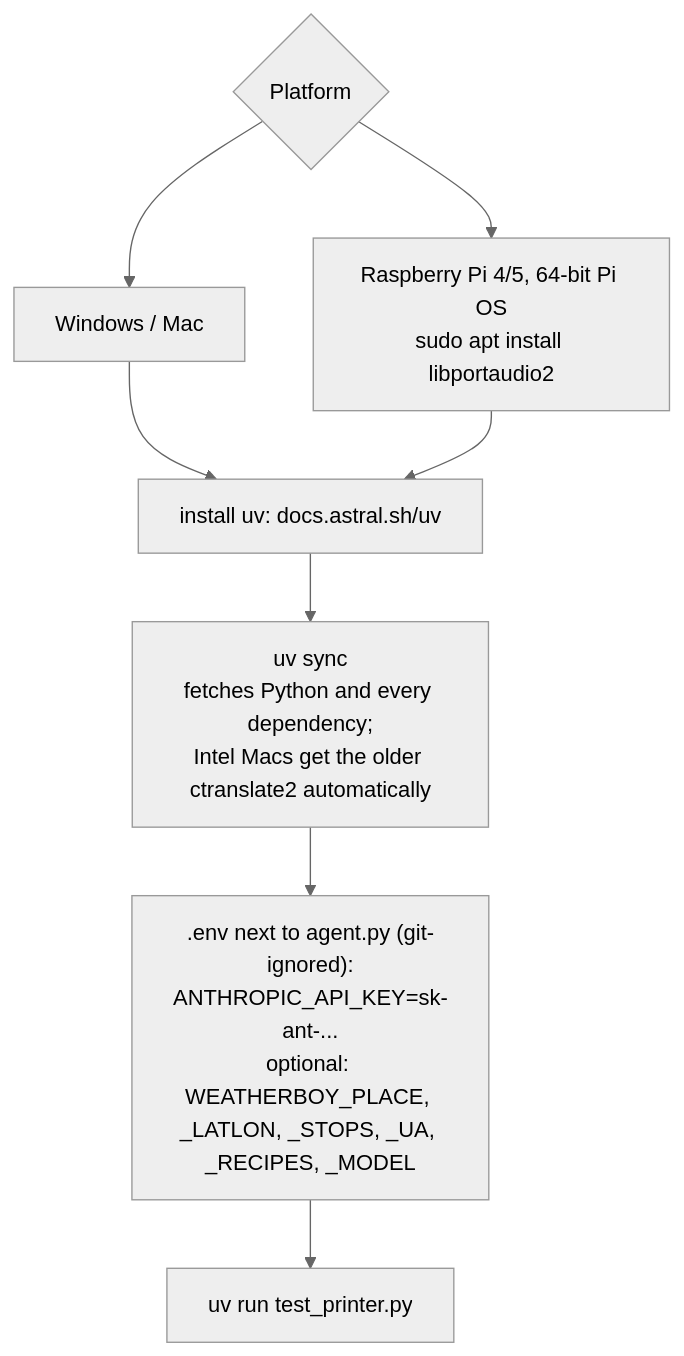
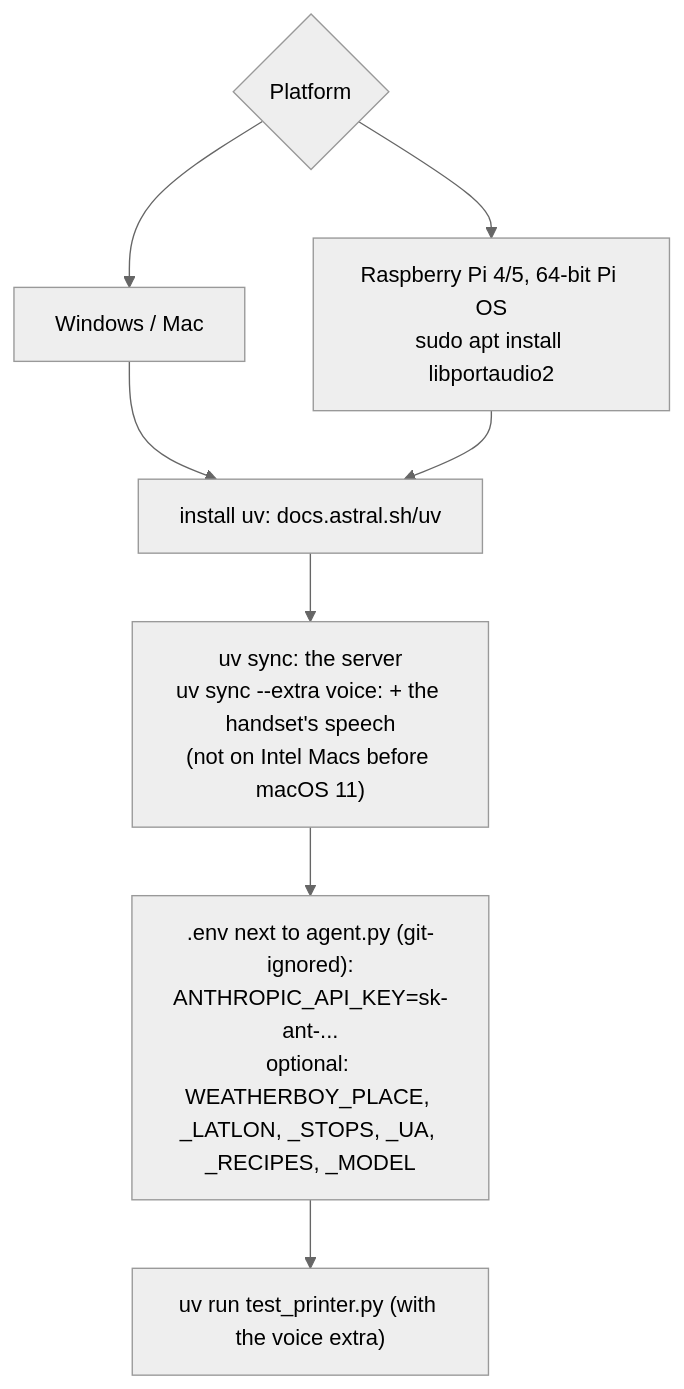
Before and after one commit to bastiankrohg/weatherboy: the tenth of 11 diagrams in README.md, drawn with Mermaid (neutral theme). The commit also changed other lines of this file and 7 other files, not shown here.

First line of the commit message:
Shared transcript router, /api/voice, and a server that installs on old Macs

````diff
--- a/README.md
+++ b/README.md
@@ -183,9 +230,9 @@
 ```mermaid
 flowchart TD
     Start{Platform} --> Win["Windows / Mac"]
     Start --> Pi["Raspberry Pi 4/5, 64-bit Pi OS<br/>sudo apt install libportaudio2"]
     Win & Pi --> UV["install uv: docs.astral.sh/uv"]
-    UV --> Req["uv sync<br/>fetches Python and every dependency;<br/>Intel Macs get the older ctranslate2 automatically"]
+    UV --> Req["uv sync: the server<br/>uv sync --extra voice: + the handset's speech<br/>(not on Intel Macs before macOS 11)"]
     Req --> Key[".env next to agent.py (git-ignored):<br/>ANTHROPIC_API_KEY=sk-ant-...<br/>optional: WEATHERBOY_PLACE, _LATLON, _STOPS, _UA, _RECIPES, _MODEL"]
-    Key --> Check["uv run test_printer.py"]
+    Key --> Check["uv run test_printer.py (with the voice extra)"]
 ```
````
